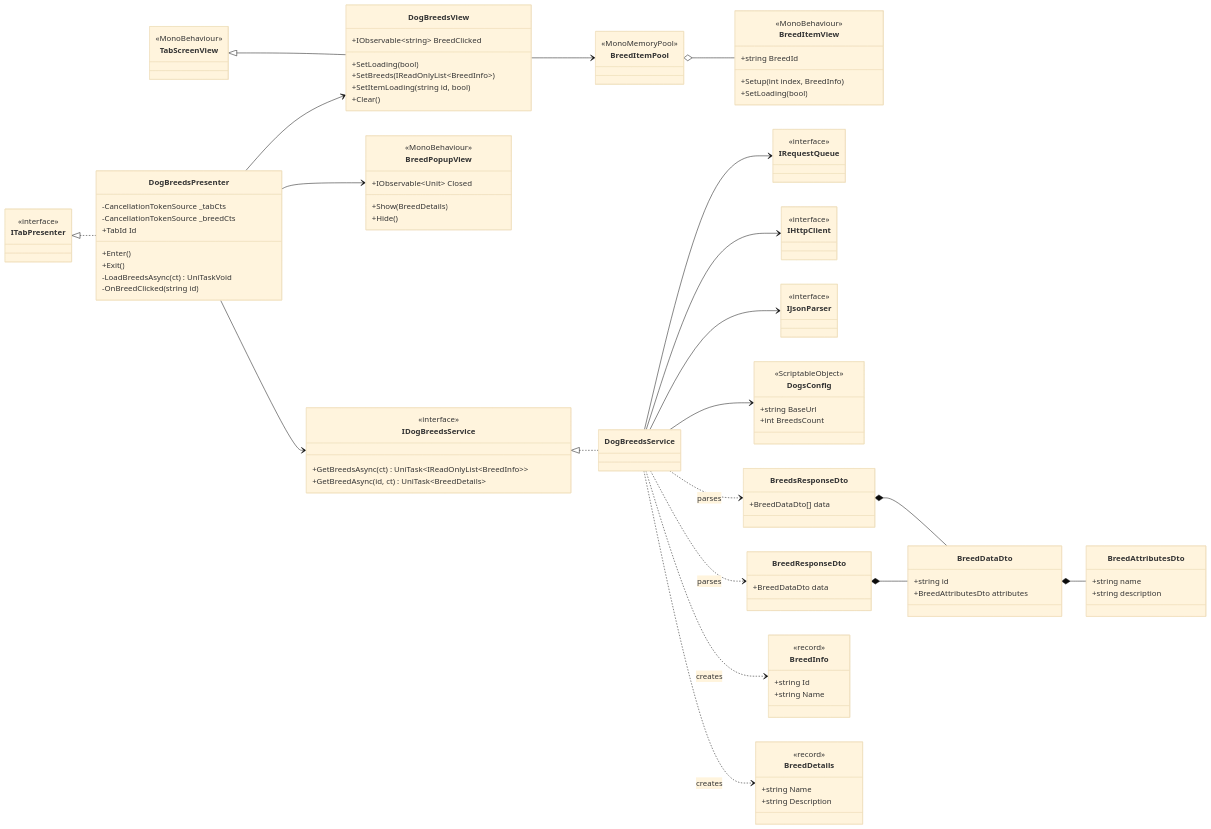
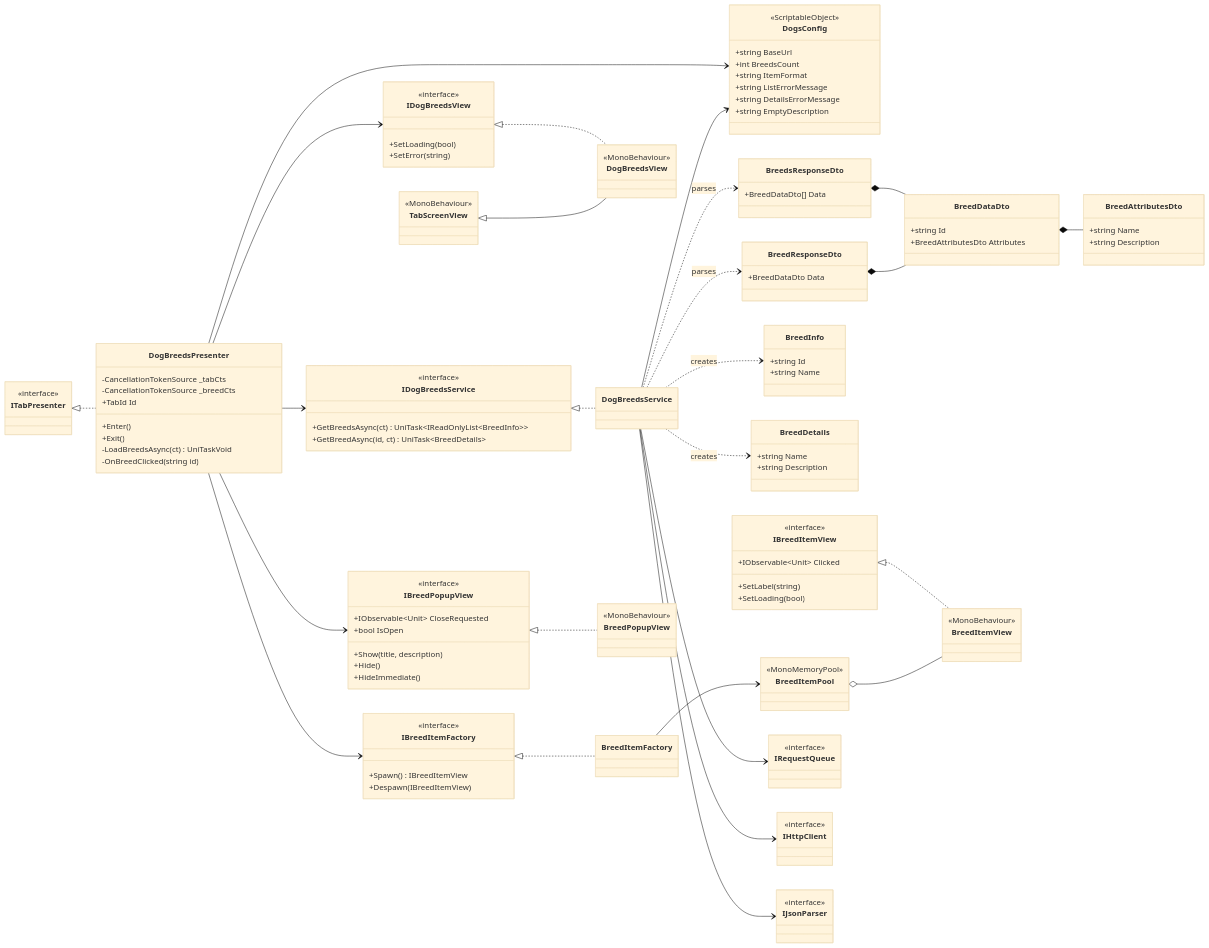
The fifth of 6 diagrams in Docs/Architecture.md (PinochetLab/test-task-ckr-system), drawn with Mermaid (base theme) before and after one commit. The commit also changed other lines of this file, not shown here.

Commit message:
updated architecture docs

````diff
--- a/Docs/Architecture.md
+++ b/Docs/Architecture.md
@@ -521,28 +579,30 @@
         <<ScriptableObject>>
         +string BaseUrl
         +int BreedsCount
+        +string ItemFormat
+        +string ListErrorMessage
+        +string DetailsErrorMessage
+        +string EmptyDescription
     }
     class BreedsResponseDto {
-        +BreedDataDto[] data
+        +BreedDataDto[] Data
     }
     class BreedResponseDto {
-        +BreedDataDto data
+        +BreedDataDto Data
     }
     class BreedDataDto {
-        +string id
-        +BreedAttributesDto attributes
+        +string Id
+        +BreedAttributesDto Attributes
     }
     class BreedAttributesDto {
-        +string name
-        +string description
+        +string Name
+        +string Description
     }
     class BreedInfo {
-        <<record>>
         +string Id
         +string Name
     }
     class BreedDetails {
-        <<record>>
         +string Name
         +string Description
     }
@@ -561,27 +621,42 @@
         -LoadBreedsAsync(ct) UniTaskVoid
         -OnBreedClicked(string id)
     }
+    class IDogBreedsView {
+        <<interface>>
+        +SetLoading(bool)
+        +SetError(string)
+    }
     class DogBreedsView {
-        +IObservable~string~ BreedClicked
+        <<MonoBehaviour>>
+    }
+    class IBreedItemFactory {
+        <<interface>>
+        +Spawn() IBreedItemView
+        +Despawn(IBreedItemView)
+    }
+    class BreedItemFactory
+    class IBreedItemView {
+        <<interface>>
+        +IObservable~Unit~ Clicked
+        +SetLabel(string)
         +SetLoading(bool)
-        +SetBreeds(IReadOnlyList~BreedInfo~)
-        +SetItemLoading(string id, bool)
-        +Clear()
     }
     class BreedItemView {
         <<MonoBehaviour>>
-        +string BreedId
-        +Setup(int index, BreedInfo)
-        +SetLoading(bool)
     }
     class BreedItemPool {
         <<MonoMemoryPool>>
     }
+    class IBreedPopupView {
+        <<interface>>
+        +IObservable~Unit~ CloseRequested
+        +bool IsOpen
+        +Show(title, description)
+        +Hide()
+        +HideImmediate()
+    }
     class BreedPopupView {
         <<MonoBehaviour>>
-        +IObservable~Unit~ Closed
-        +Show(BreedDetails)
-        +Hide()
     }
     class IRequestQueue {
         <<interface>>
@@ -594,11 +669,19 @@
     }
 
     ITabPresenter <|.. DogBreedsPresenter
+    IDogBreedsView <|.. DogBreedsView
     TabScreenView <|-- DogBreedsView
+    IBreedItemView <|.. BreedItemView
+    IBreedItemFactory <|.. BreedItemFactory
+    IBreedPopupView <|.. BreedPopupView
     IDogBreedsService <|.. DogBreedsService
-    DogBreedsPresenter --> DogBreedsView
-    DogBreedsPresenter --> BreedPopupView
+    DogBreedsPresenter --> IDogBreedsView
+    DogBreedsPresenter --> IBreedPopupView
+    DogBreedsPresenter --> IBreedItemFactory
     DogBreedsPresenter --> IDogBreedsService
+    DogBreedsPresenter --> DogsConfig
+    BreedItemFactory --> BreedItemPool
+    BreedItemPool o-- BreedItemView
     DogBreedsService --> IRequestQueue
     DogBreedsService --> IHttpClient
     DogBreedsService --> IJsonParser
@@ -610,6 +693,4 @@
     BreedsResponseDto *-- BreedDataDto
     BreedResponseDto *-- BreedDataDto
     BreedDataDto *-- BreedAttributesDto
-    DogBreedsView --> BreedItemPool
-    BreedItemPool o-- BreedItemView
 ```
````
